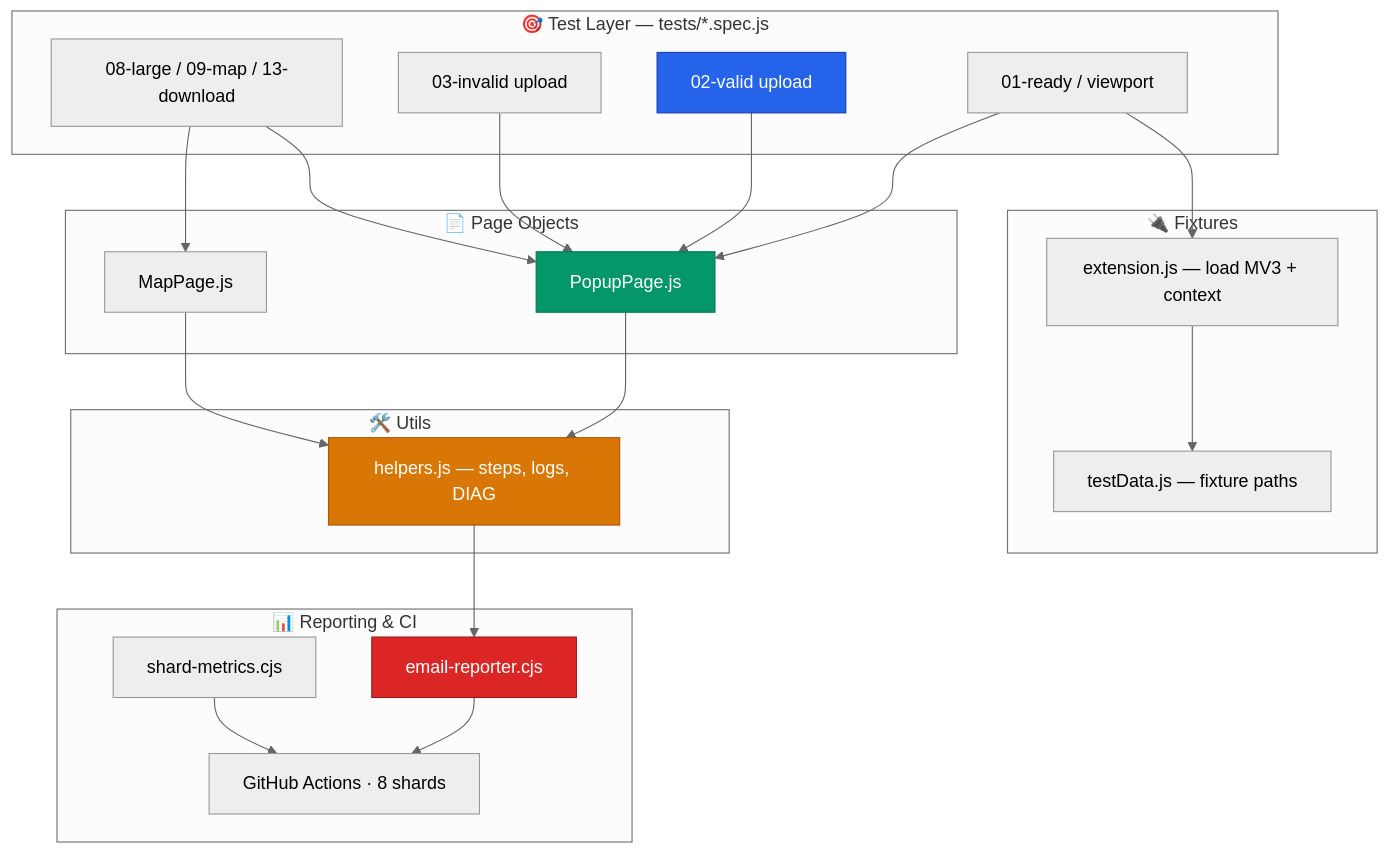
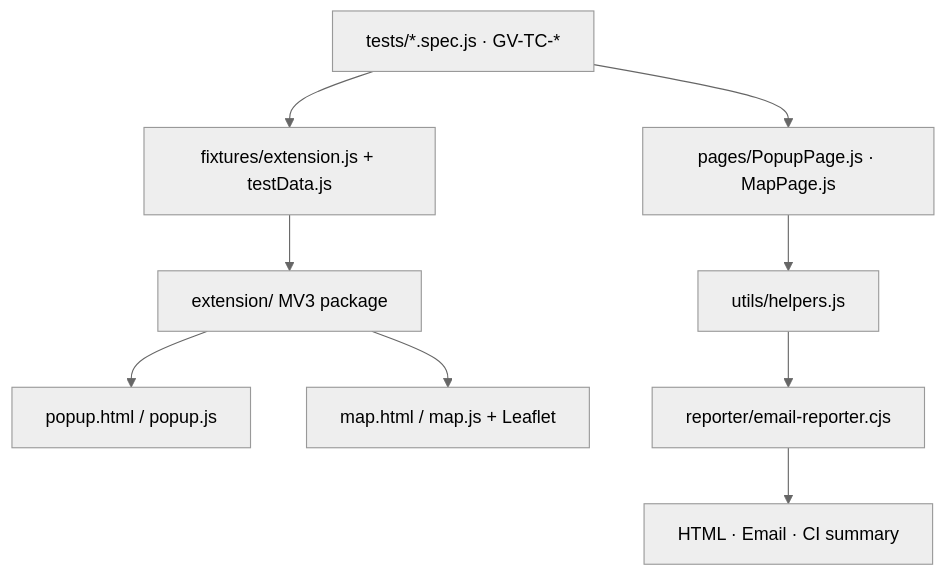
One commit to GeoWGS84-Testing/Mrsid-Extension changed the second of 44 diagrams in README.md. Above: the diagram before and after it, drawn with Mermaid (neutral theme). The commit also changed other lines of this file, not shown here.

````diff
--- a/README.md
+++ b/README.md
@@ -57,47 +129,11 @@
 ```mermaid
-graph TD
-  subgraph "🎯 Test Layer — tests/*.spec.js"
-    T1[01-ready / viewport]
-    T2[02-valid upload]
-    T3[03-invalid upload]
-    T4[08-large / 09-map / 13-download]
-  end
-
-  subgraph "📄 Page Objects"
-    P[PopupPage.js]
-    M[MapPage.js]
-  end
-
-  subgraph "🔌 Fixtures"
-    F[extension.js — load MV3 + context]
-    D[testData.js — fixture paths]
-  end
-
-  subgraph "🛠️ Utils"
-    H[helpers.js — steps, logs, DIAG]
-  end
-
-  subgraph "📊 Reporting & CI"
-    E[email-reporter.cjs]
-    S[shard-metrics.cjs]
-    G[GitHub Actions · 8 shards]
-  end
-
-  T1 --> P
-  T2 --> P
-  T3 --> P
-  T4 --> P
-  T4 --> M
-  P --> H
-  M --> H
-  T1 --> F
-  F --> D
-  H --> E
-  E --> G
-  S --> G
-
-  style T2 fill:#2563eb,stroke:#1e40af,color:#fff
-  style P fill:#059669,stroke:#047857,color:#fff
-  style H fill:#d97706,stroke:#b45309,color:#fff
-  style E fill:#dc2626,stroke:#991b1b,color:#fff
+flowchart TB
+  Tests[tests/*.spec.js · GV-TC-*] --> Fixtures[fixtures/extension.js + testData.js]
+  Fixtures --> Ext[extension/ MV3 package]
+  Ext --> Popup[popup.html / popup.js]
+  Ext --> Map[map.html / map.js + Leaflet]
+  Tests --> Pages[pages/PopupPage.js · MapPage.js]
+  Pages --> Utils[utils/helpers.js]
+  Utils --> Reporter[reporter/email-reporter.cjs]
+  Reporter --> Out[HTML · Email · CI summary]
 ```
````
